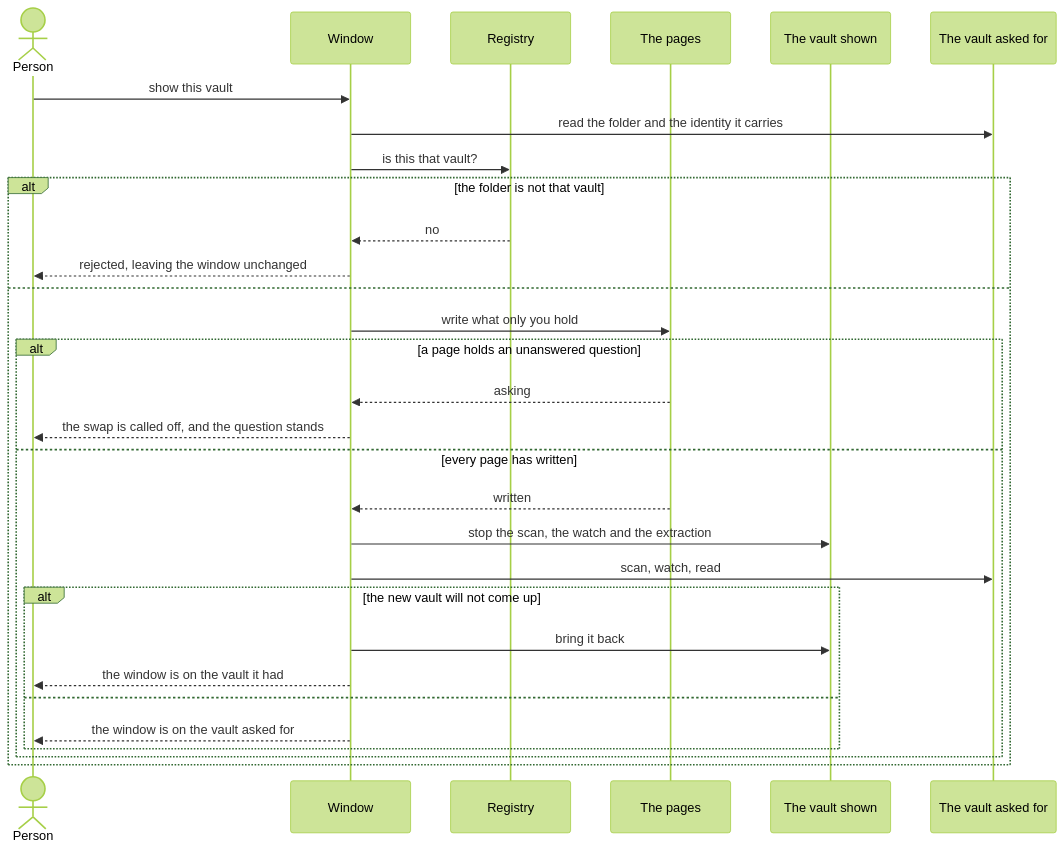
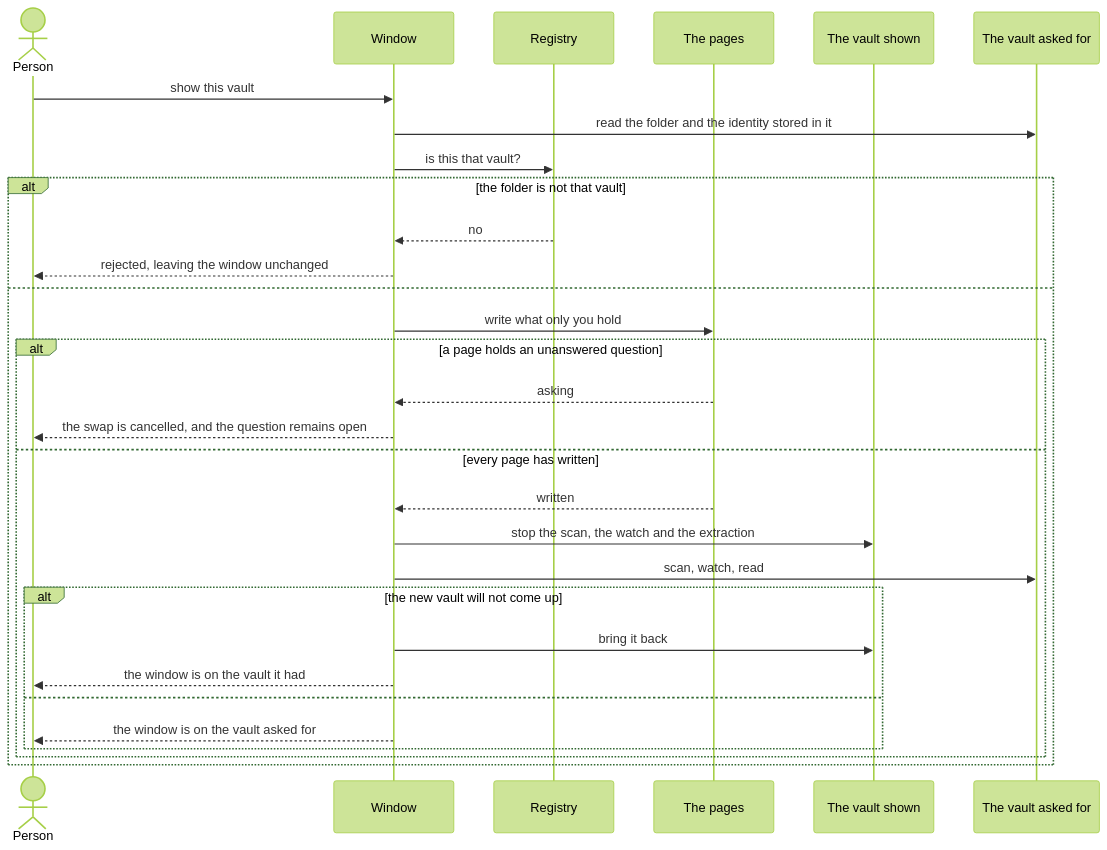
Before and after one commit to jiva-studio/numen: the diagram in docs/vaults.md, drawn with Mermaid (forest theme). The commit also changed other lines of this file and 78 other files, not shown here.

````diff
--- a/docs/vaults.md
+++ b/docs/vaults.md
@@ -29,33 +29,33 @@
 ```mermaid
 sequenceDiagram
     actor Person
     participant Window
     participant Registry
     participant Pages as The pages
     participant Old as The vault shown
     participant New as The vault asked for
 
     Person->>Window: show this vault
-    Window->>New: read the folder and the identity it carries
+    Window->>New: read the folder and the identity stored in it
     Window->>Registry: is this that vault?
     alt the folder is not that vault
         Registry-->>Window: no
         Window-->>Person: rejected, leaving the window unchanged
     else
         Window->>Pages: write what only you hold
         alt a page holds an unanswered question
             Pages-->>Window: asking
-            Window-->>Person: the swap is called off, and the question stands
+            Window-->>Person: the swap is cancelled, and the question remains open
         else every page has written
             Pages-->>Window: written
             Window->>Old: stop the scan, the watch and the extraction
             Window->>New: scan, watch, read
             alt the new vault will not come up
                 Window->>Old: bring it back
                 Window-->>Person: the window is on the vault it had
             else
                 Window-->>Person: the window is on the vault asked for
             end
         end
     end
 ```
````
